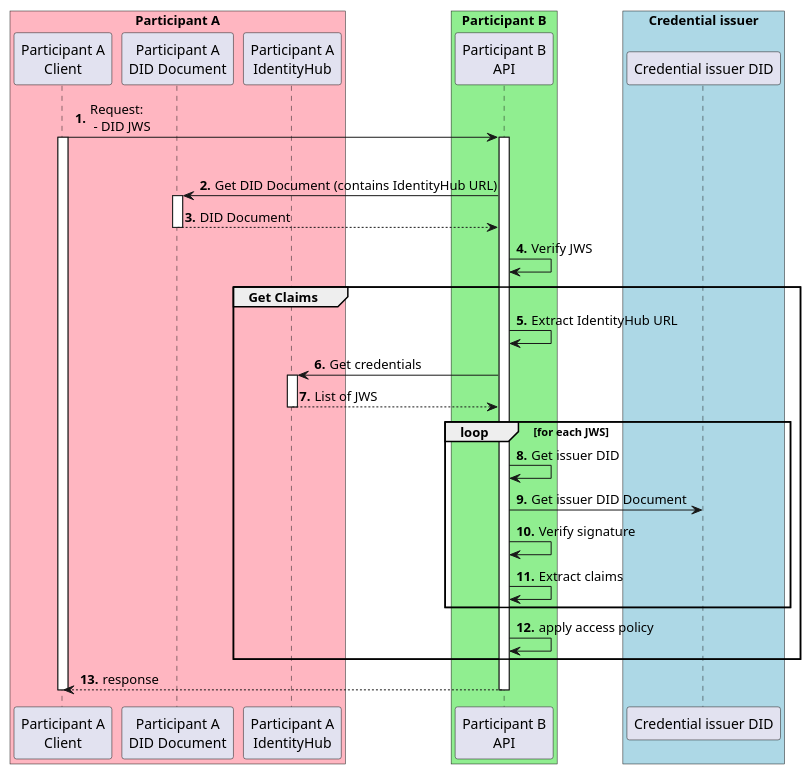
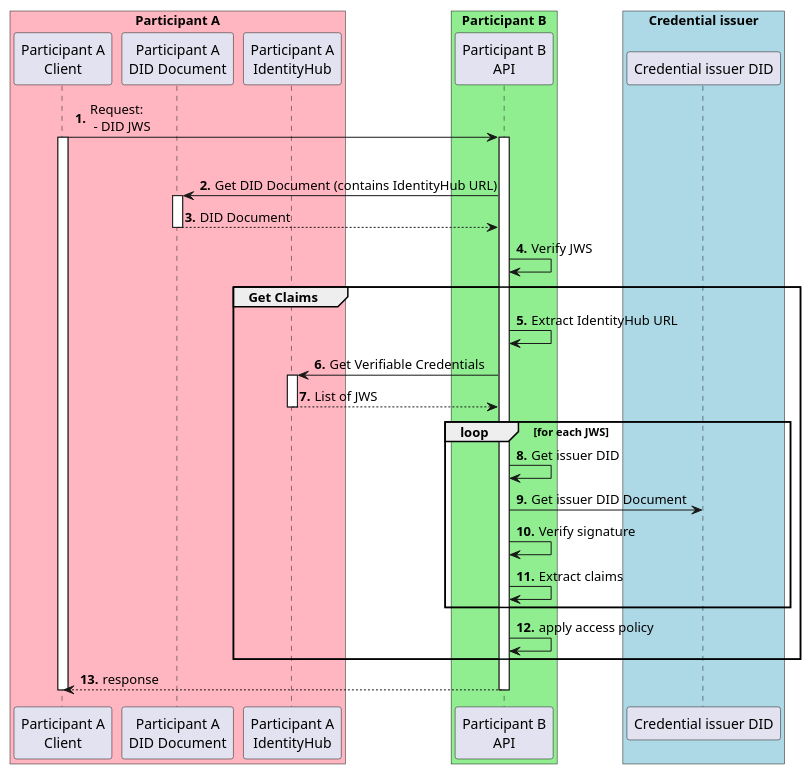
Before and after one commit to agera-edc/IdentityHub: the diagram in docs/developer/decision-records/2022-07-01-get-claims/apply-policies-flow.puml, drawn with PlantUML. The commit also changed 1 other file, not shown here.

```diff
--- a/docs/developer/decision-records/2022-07-01-get-claims/apply-policies-flow.puml
+++ b/docs/developer/decision-records/2022-07-01-get-claims/apply-policies-flow.puml
@@ -1,35 +1,35 @@
 @startuml
 autonumber "<b>0'.'"
 box "Participant A" #LightPink
 Participant "Participant A\nClient" as ParticipantA
 Participant "Participant A\nDID Document" as DID
 Participant "Participant A\nIdentityHub" as IDHUB
 end box
 box "Participant B" #LightGreen
 Participant "Participant B\nAPI" as B
 end box
 box "Credential issuer" #LightBlue
 Participant "Credential issuer DID" as ISSUER
 end box
 ParticipantA -> B ++: Request:\n - DID JWS
 activate ParticipantA
 group authorize request
   B -> DID ++: Get DID Document (contains IdentityHub URL)
   return DID Document
   B -> B: Verify JWS
   group Get Claims
   B -> B: Extract IdentityHub URL
-  B -> IDHUB ++: Get credentials
+  B -> IDHUB ++: Get Verifiable Credentials
   return List of JWS
   loop for each JWS
   B -> B: Get issuer DID
   B -> ISSUER: Get issuer DID Document
   B -> B: Verify signature
   B -> B: Extract claims
   end
   B -> B: apply access policy
 end
 return response
 deactivate ParticipantA
 
 @enduml
```
